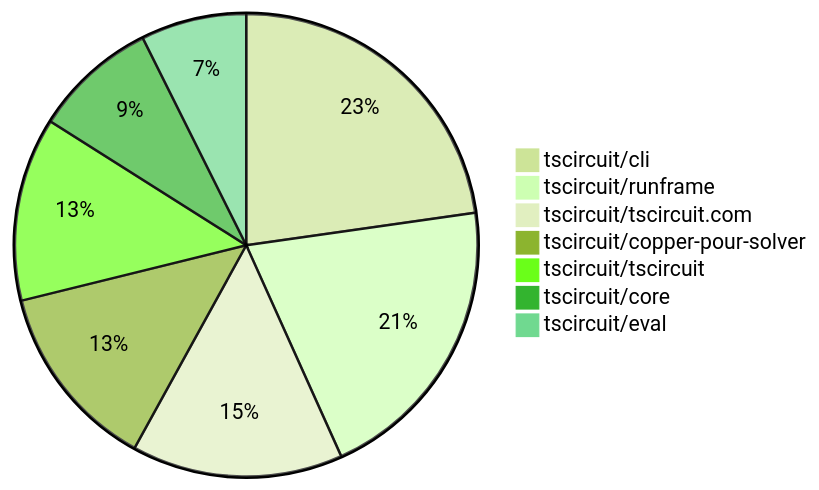
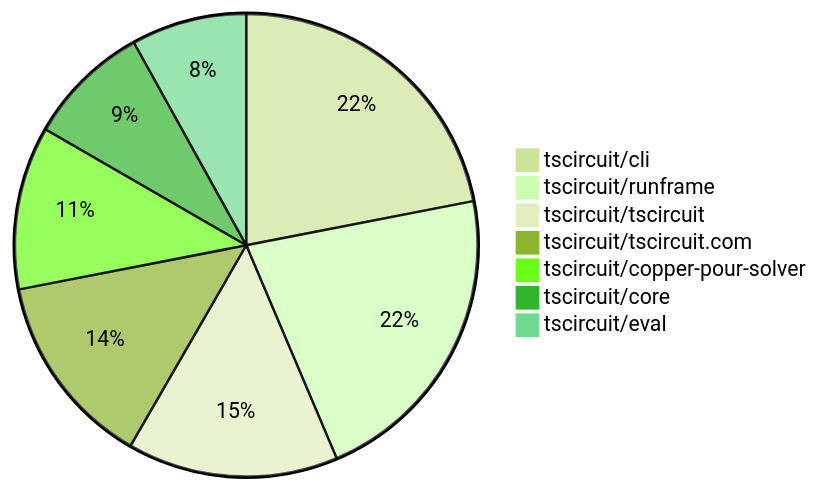
One commit to tscircuit/contribution-tracker changed the second of 2 diagrams in README.md. Above: the diagram before and after it, drawn with Mermaid (forest theme). The commit also changed other lines of this file and 3 other files, not shown here.

````diff
--- a/README.md
+++ b/README.md
@@ -132,10 +136,10 @@
 ```mermaid
 pie
-    "tscircuit/cli" : 71
-    "tscircuit/runframe" : 64
-    "tscircuit/tscircuit.com" : 46
+    "tscircuit/cli" : 79
+    "tscircuit/runframe" : 78
+    "tscircuit/tscircuit" : 53
+    "tscircuit/tscircuit.com" : 49
     "tscircuit/copper-pour-solver" : 41
-    "tscircuit/tscircuit" : 40
-    "tscircuit/core" : 27
-    "tscircuit/eval" : 23
+    "tscircuit/core" : 31
+    "tscircuit/eval" : 29
 ```
````
